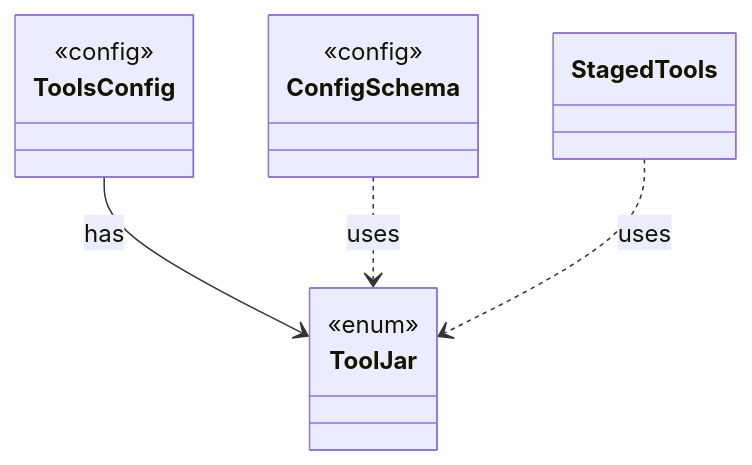
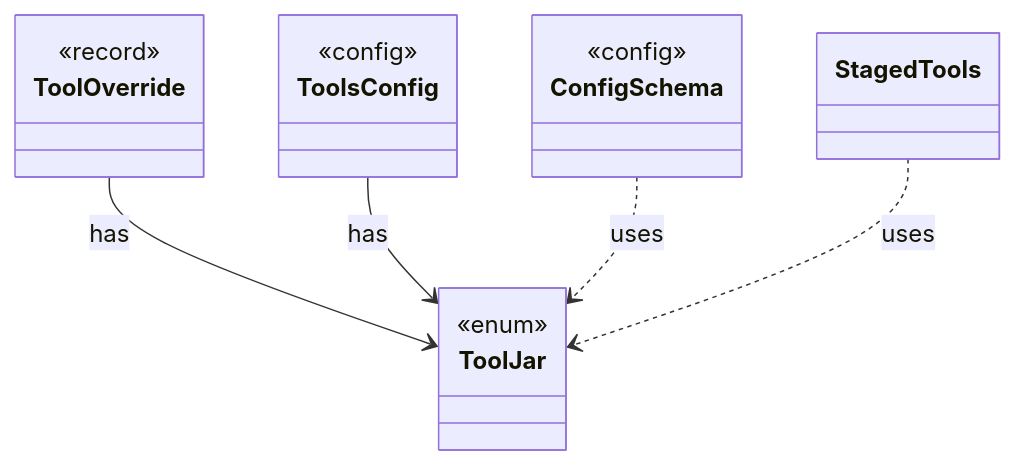
Before and after one commit to tlaplus/model-checker-hardening: the diagram in dev/types/io.github.tlaplus.hardening.config.ToolJar.md, drawn with Mermaid. The commit also changed other lines of this file and 439 other files, not shown here.

````diff
--- a/dev/types/io.github.tlaplus.hardening.config.ToolJar.md
+++ b/dev/types/io.github.tlaplus.hardening.config.ToolJar.md
@@ -9,16 +9,20 @@
 ```mermaid
 classDiagram
   class ToolJar {
     <<enum>>
+  }
+  class ToolOverride {
+    <<record>>
   }
   class ToolsConfig {
     <<config>>
   }
   class ConfigSchema {
     <<config>>
   }
   class StagedTools
+  ToolOverride --> ToolJar : has
   ToolsConfig --> ToolJar : has
   ConfigSchema ..> ToolJar : uses
   StagedTools ..> ToolJar : uses
 ```
````
